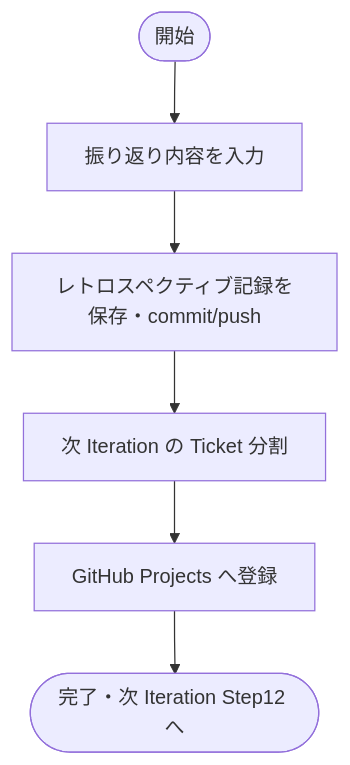
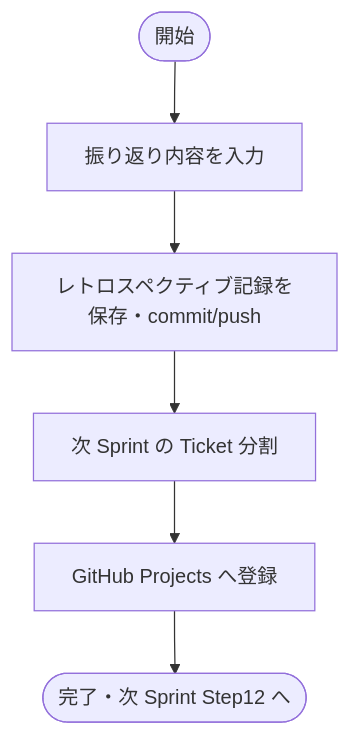
Diagram 16 of 17 in _document/002.要件定義フェーズ/001.要件定義/001-01.機能要件定義書.md (BossApe/lo-vibe), drawn with Mermaid before and after one commit. The commit also changed other lines of this file and 43 other files, not shown here.

First line of the commit message:
refactor: Iteration → Sprint / IT → SP / イテレーション → スプリント 全体リネーム

````diff
--- a/_document/002.要件定義フェーズ/001.要件定義/001-01.機能要件定義書.md
+++ b/_document/002.要件定義フェーズ/001.要件定義/001-01.機能要件定義書.md
@@ -638,8 +638,8 @@
 ```mermaid
 flowchart TD
     A([開始]) --> B[振り返り内容を入力]
     B --> C[レトロスペクティブ記録を保存・commit/push]
-    C --> D[次 Iteration の Ticket 分割]
+    C --> D[次 Sprint の Ticket 分割]
     D --> E[GitHub Projects へ登録]
-    E --> F([完了・次 Iteration Step12 へ])
+    E --> F([完了・次 Sprint Step12 へ])
 ```
````
